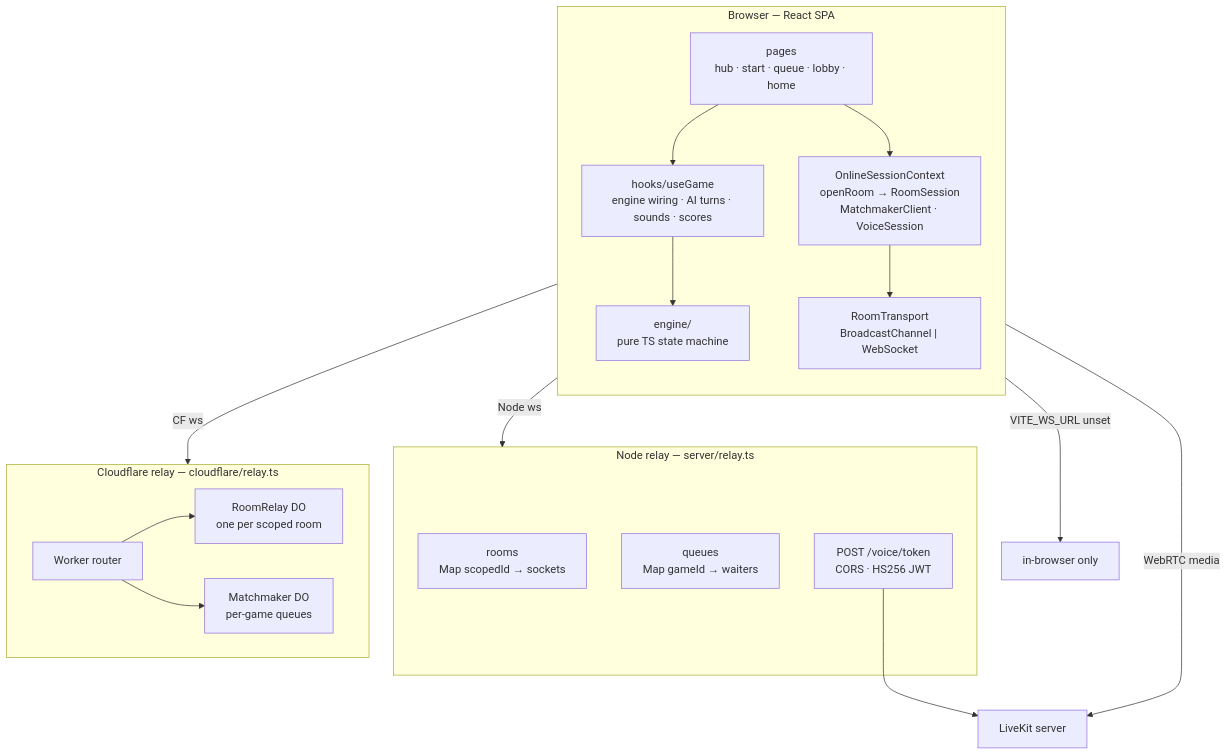
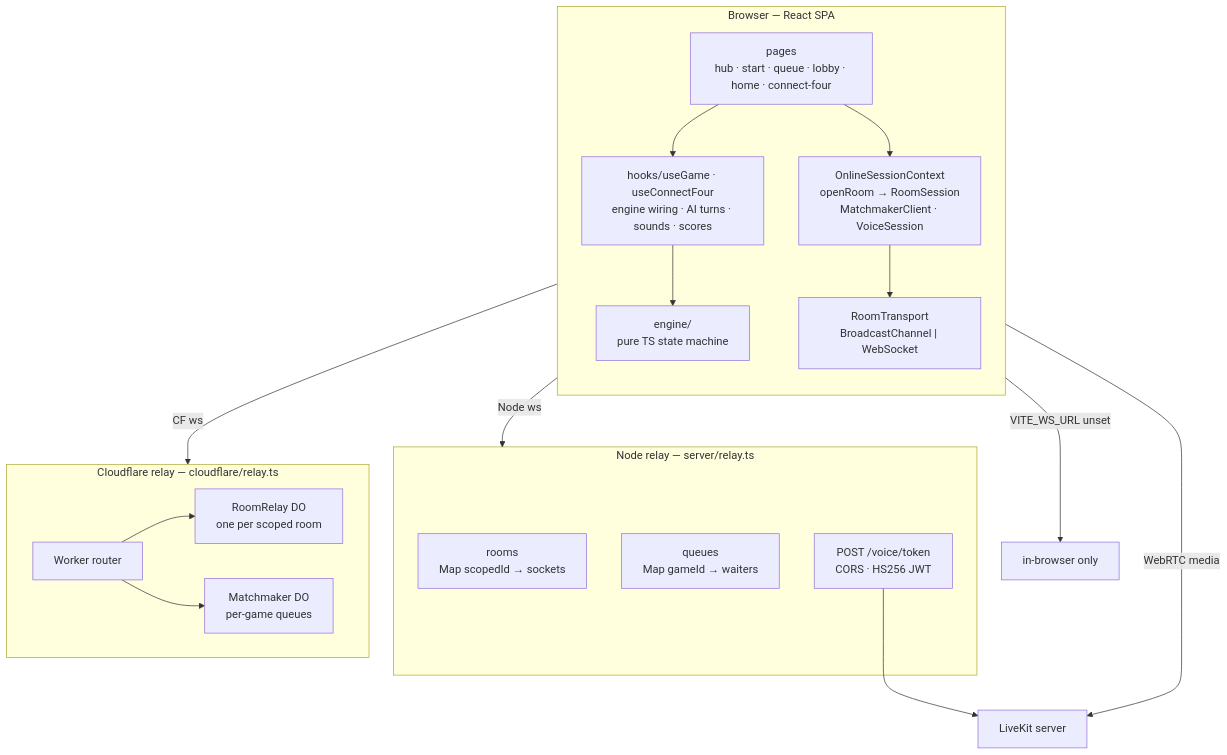
One commit to nahyan0077/arcade-hub changed the second of 7 diagrams in docs/ARCHITECTURE.md. Above: the diagram before and after it, drawn with Mermaid. The commit also changed other lines of this file and 1 other file, not shown here.

Commit message:
docs: connect-four in readme and architecture

````diff
--- a/docs/ARCHITECTURE.md
+++ b/docs/ARCHITECTURE.md
@@ -49,36 +49,36 @@
 ```mermaid
 flowchart TB
     subgraph Client["Browser — React SPA"]
         direction TB
-        Pages["pages<br/>hub · start · queue · lobby · home"]
-        UseGame["hooks/useGame<br/>engine wiring · AI turns · sounds · scores"]
+        Pages["pages<br/>hub · start · queue · lobby · home · connect-four"]
+        UseGame["hooks/useGame · useConnectFour<br/>engine wiring · AI turns · sounds · scores"]
         OSession["OnlineSessionContext<br/>openRoom → RoomSession<br/>MatchmakerClient · VoiceSession"]
         Engine["engine/<br/>pure TS state machine"]
         Transport["RoomTransport<br/>BroadcastChannel | WebSocket"]
 
         Pages --> UseGame --> Engine
         Pages --> OSession --> Transport
     end
 
     subgraph NodeRelay["Node relay — server/relay.ts"]
         Rooms["rooms<br/>Map scopedId → sockets"]
         Queues["queues<br/>Map gameId → waiters"]
         VoiceHTTP["POST /voice/token<br/>CORS · HS256 JWT"]
     end
 
     subgraph CFRelay["Cloudflare relay — cloudflare/relay.ts"]
         Router["Worker router"]
         RoomDO["RoomRelay DO<br/>one per scoped room"]
         MatchDO["Matchmaker DO<br/>per-game queues"]
         Router --> RoomDO
         Router --> MatchDO
     end
 
     LK["LiveKit server"]
 
     Transport -- "VITE_WS_URL unset" --> BCOnly["in-browser only"]
     Transport -- "Node ws" --> NodeRelay
     Transport -- "CF ws" --> CFRelay
     VoiceHTTP --> LK
     OSession -- "WebRTC media" --> LK
 ```
````
